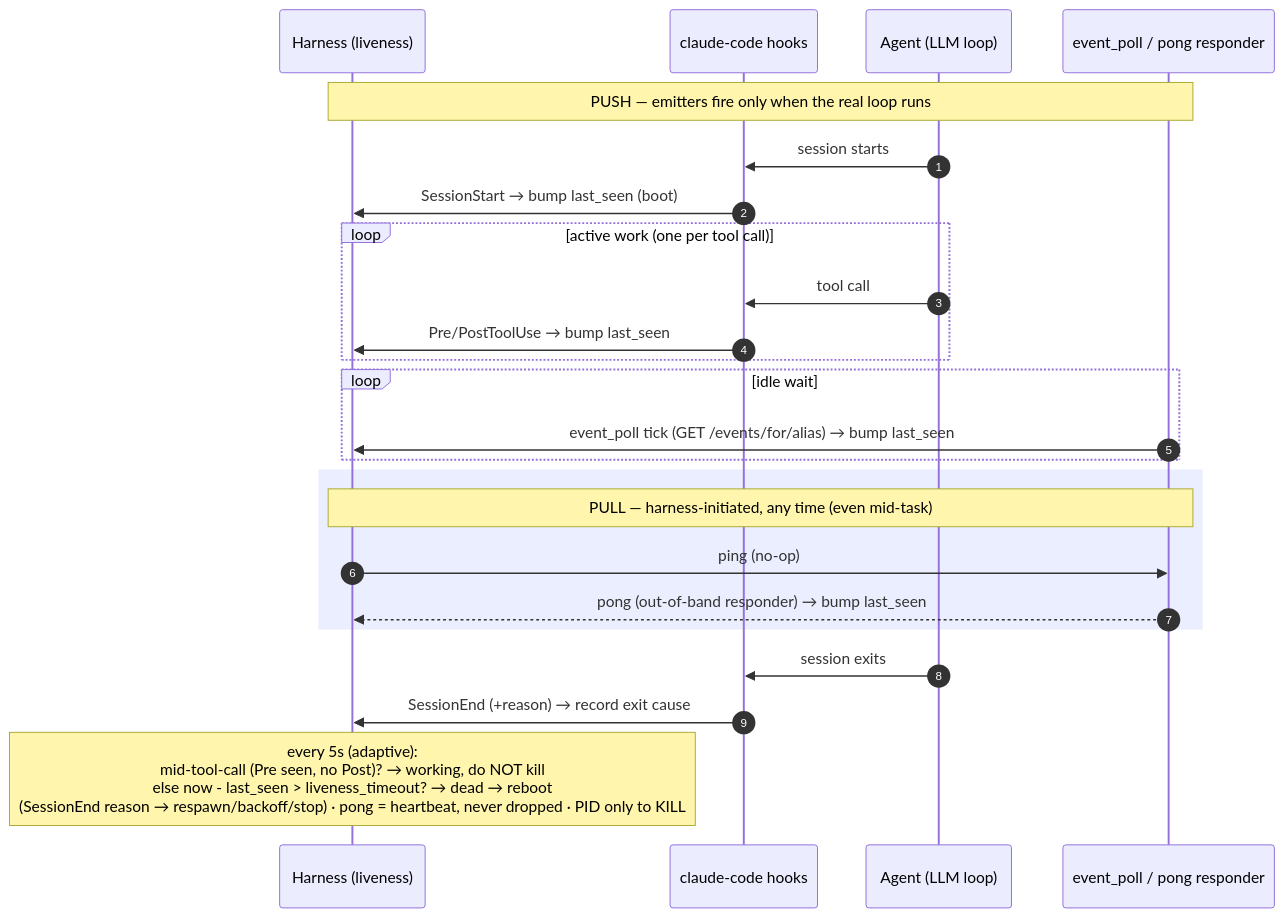
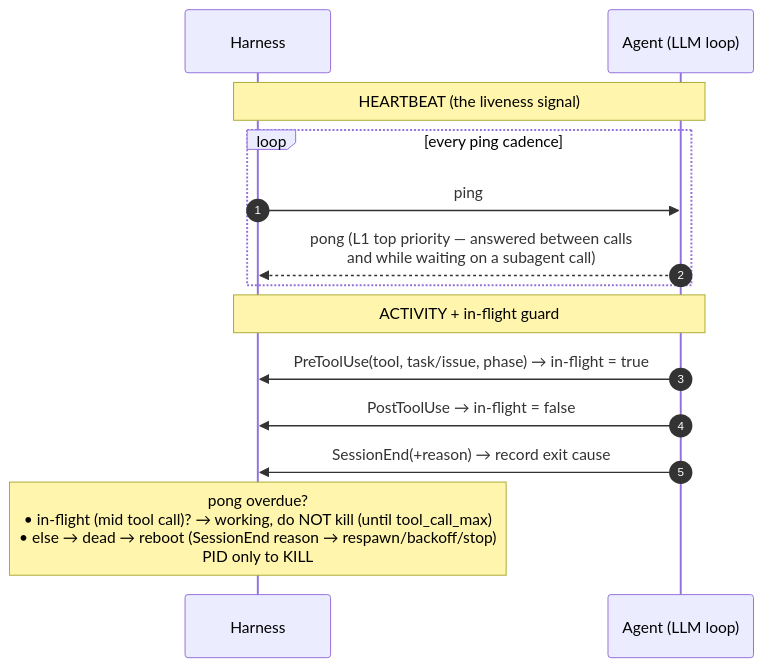
The third of 3 diagrams in docs/HARNESS-ARCH.md (WallyDoodlez/SquidSquad), drawn with Mermaid before and after one commit. The commit also changed other lines of this file, not shown here.

First line of the commit message:
docs(HARNESS-ARCH v14): simplify §15 liveness to 2 mechanisms (redundancy review)

````diff
--- a/docs/HARNESS-ARCH.md
+++ b/docs/HARNESS-ARCH.md
@@ -654,30 +644,19 @@
 ```mermaid
 sequenceDiagram
     autonumber
-    participant H as Harness (liveness)
-    participant Hk as claude-code hooks
+    participant H as Harness
     participant A as Agent (LLM loop)
-    participant EP as event_poll / pong responder
 
-    Note over H,EP: PUSH — emitters fire only when the real loop runs
-    A->>Hk: session starts
-    Hk->>H: SessionStart → bump last_seen (boot)
-    loop active work (one per tool call)
-        A->>Hk: tool call
-        Hk->>H: Pre/PostToolUse → bump last_seen
-    end
-    loop idle wait
-        EP->>H: event_poll tick (GET /events/for/alias) → bump last_seen
+    Note over H,A: HEARTBEAT (the liveness signal)
+    loop every ping cadence
+        H->>A: ping
+        A-->>H: pong (L1 top priority — answered between calls<br/>and while waiting on a subagent call)
     end
 
-    rect rgb(235,238,255)
-    Note over H,EP: PULL — harness-initiated, any time (even mid-task)
-    H->>EP: ping (no-op)
-    EP-->>H: pong (out-of-band responder) → bump last_seen
-    end
+    Note over H,A: ACTIVITY + in-flight guard
+    A->>H: PreToolUse(tool, task/issue, phase) → in-flight = true
+    A->>H: PostToolUse → in-flight = false
+    A->>H: SessionEnd(+reason) → record exit cause
 
-    A->>Hk: session exits
-    Hk->>H: SessionEnd (+reason) → record exit cause
-
-    Note over H: every 5s (adaptive):<br/>mid-tool-call (Pre seen, no Post)? → working, do NOT kill<br/>else now - last_seen > liveness_timeout? → dead → reboot<br/>(SessionEnd reason → respawn/backoff/stop) · pong = heartbeat, never dropped · PID only to KILL
+    Note over H: pong overdue?<br/> • in-flight (mid tool call)? → working, do NOT kill (until tool_call_max)<br/> • else → dead → reboot (SessionEnd reason → respawn/backoff/stop)<br/>PID only to KILL
 ```
````
